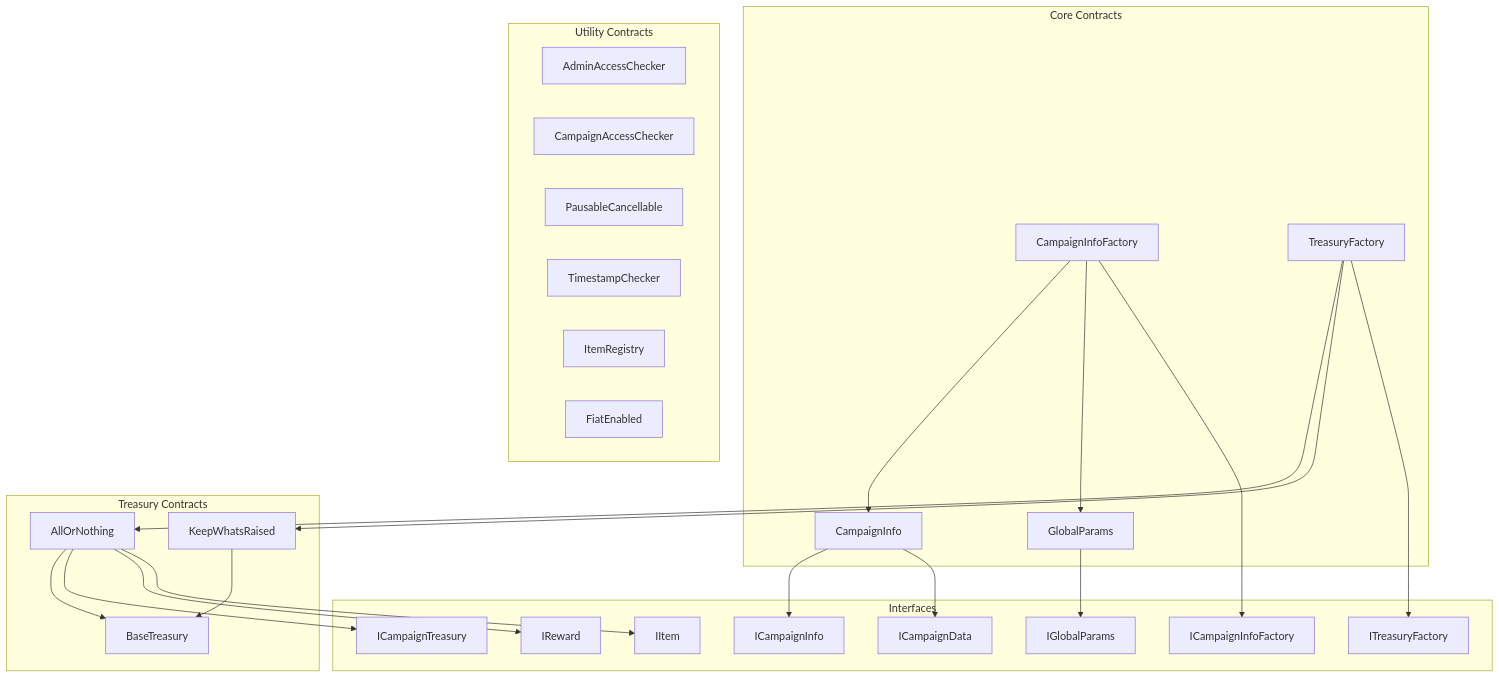
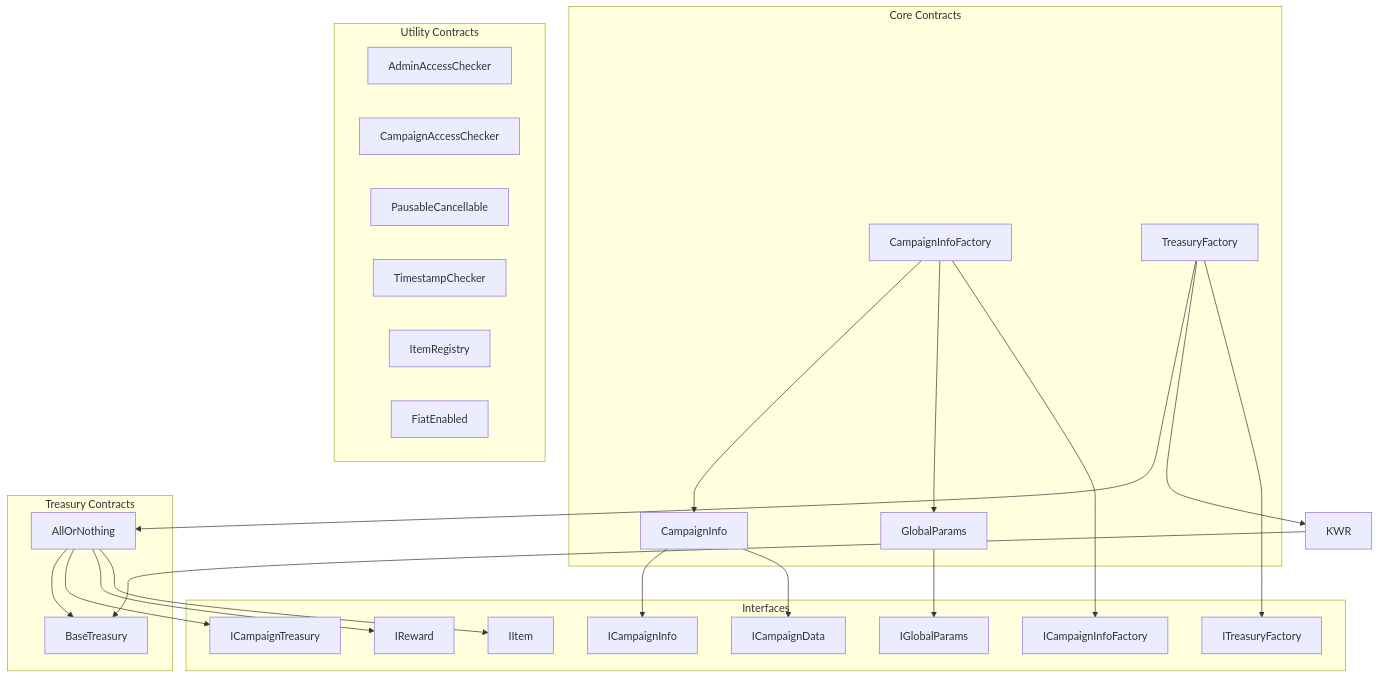
Before and after one commit to oak-network/docs: the first of 3 diagrams in docs/contracts/overview.md, drawn with Mermaid. The commit also changed other lines of this file and 10 other files, not shown here.

First line of the commit message:
Refactor sidebar and documentation for contracts; remove KeepWhatsRaised

````diff
--- a/docs/contracts/overview.md
+++ b/docs/contracts/overview.md
@@ -11,50 +11,49 @@
 ```mermaid
 graph TB
     subgraph "Core Contracts"
         GIF[CampaignInfoFactory]
         GI[CampaignInfo]
         GP[GlobalParams]
         TF[TreasuryFactory]
     end
     
     subgraph "Treasury Contracts"
         AON[AllOrNothing]
-        KWR[KeepWhatsRaised]
         BT[BaseTreasury]
     end
     
     subgraph "Utility Contracts"
         AAC[AdminAccessChecker]
         CAC[CampaignAccessChecker]
         PC[PausableCancellable]
         TC[TimestampChecker]
         IR[ItemRegistry]
         FE[FiatEnabled]
     end
     
     subgraph "Interfaces"
         IGI[ICampaignInfo]
         IGI2[ICampaignInfoFactory]
         IGP[IGlobalParams]
         ICT[ICampaignTreasury]
         ITF[ITreasuryFactory]
         IR2[IReward]
         II[IItem]
         ICD[ICampaignData]
     end
     
     GIF --> GI
     GIF --> GP
     TF --> AON
     TF --> KWR
     AON --> BT
     KWR --> BT
     GI --> IGI
     GIF --> IGI2
     GP --> IGP
     AON --> ICT
     TF --> ITF
     AON --> IR2
     AON --> II
     GI --> ICD
 ```
````
